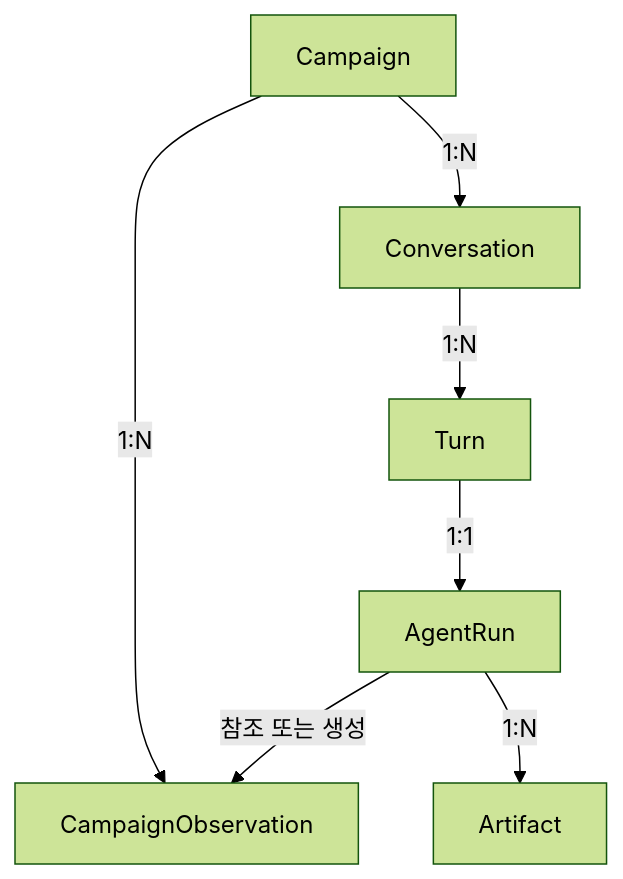
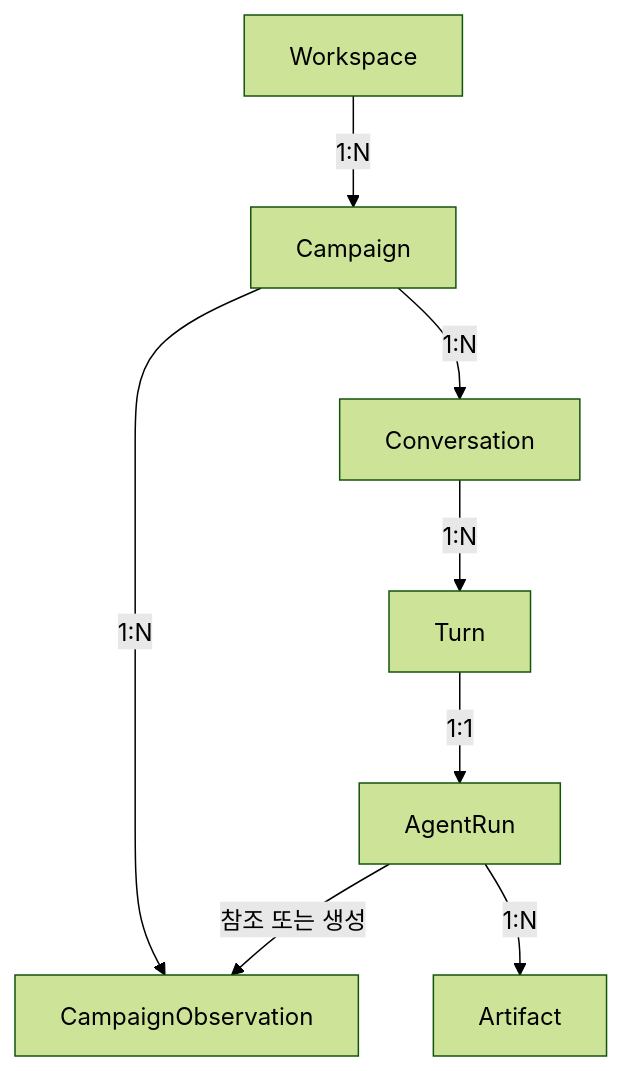
One commit to bbororo5/google_rapid_agent_hackaton changed the diagram in docs/rebuild/phase-1-domain-model.md. Above: the diagram before and after it, drawn with Mermaid (forest theme). The commit also changed other lines of this file and 7 other files, not shown here.

Commit message:
docs: align roadmap and OAuth setup

````diff
--- a/docs/rebuild/phase-1-domain-model.md
+++ b/docs/rebuild/phase-1-domain-model.md
@@ -29,9 +31,10 @@
 ```mermaid
 flowchart TD
-    C["Campaign"] -->|"1:N"| V["Conversation"]
+    W["Workspace"] -->|"1:N"| C["Campaign"]
+    C -->|"1:N"| V["Conversation"]
     C -->|"1:N"| O["CampaignObservation"]
     V -->|"1:N"| T["Turn"]
     T -->|"1:1"| R["AgentRun"]
     R -->|"참조 또는 생성"| O
     R -->|"1:N"| A["Artifact"]
 ```
````
